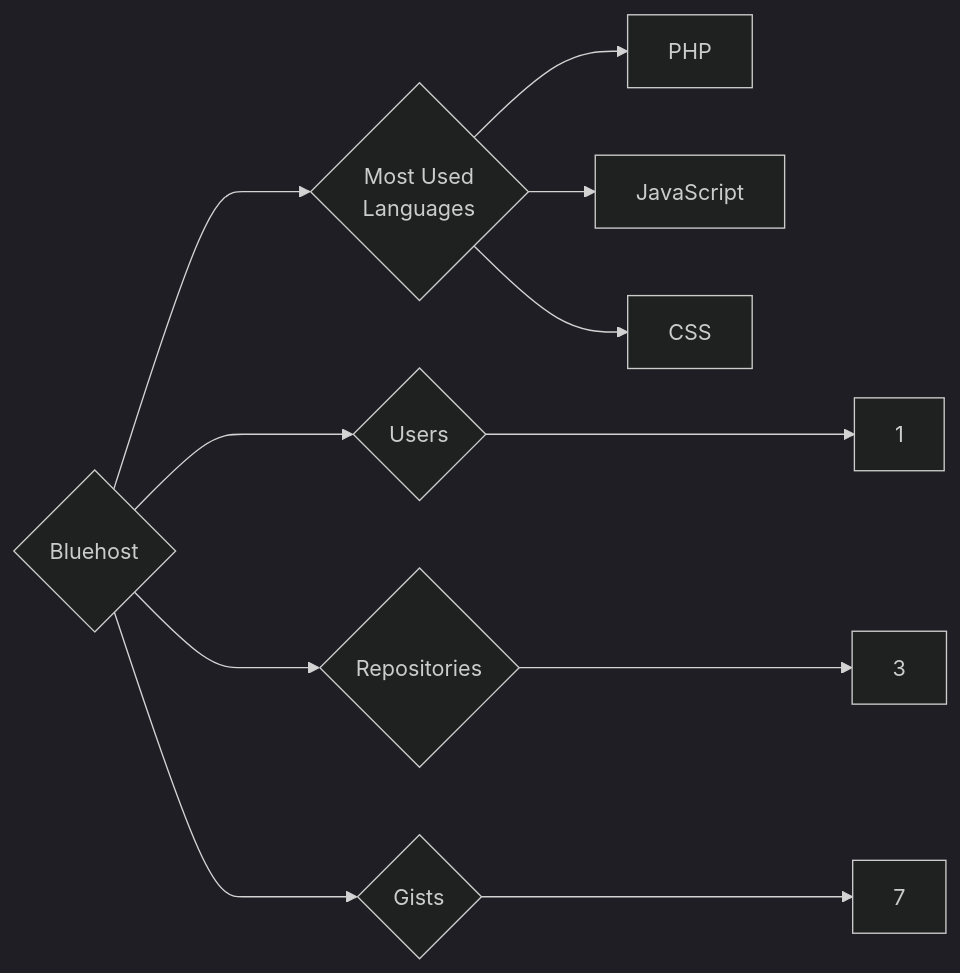
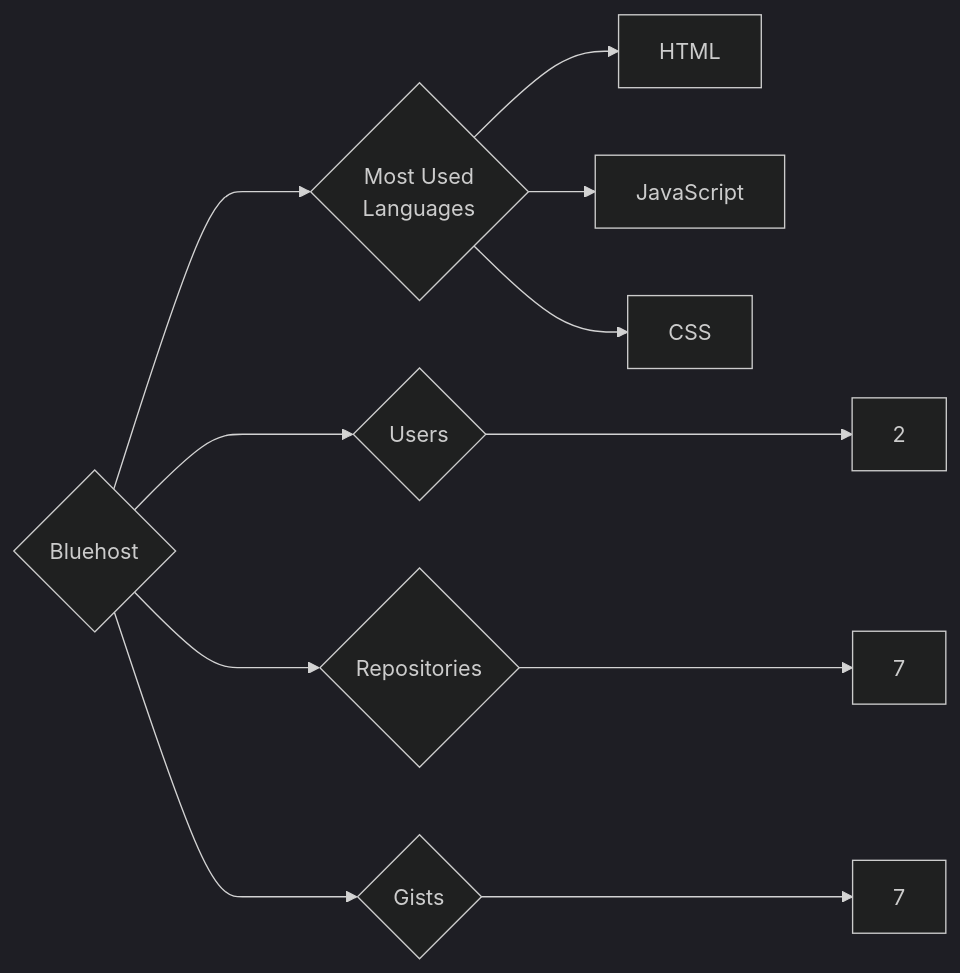
The diagram in targets/Bluehost/README.md (trickest/insiders), drawn with Mermaid (dark theme) before and after one commit. The commit also changed 1007 other files, not shown here.

````diff
--- a/targets/Bluehost/README.md
+++ b/targets/Bluehost/README.md
@@ -3,11 +3,11 @@
 ```mermaid
 graph LR
 COMPANY_NAME{Bluehost}
-COMPANY_NAME ---> U{Users} ---> UN[1]
-COMPANY_NAME ---> R{Repositories} ---> RN[3]
+COMPANY_NAME ---> U{Users} ---> UN[2]
+COMPANY_NAME ---> R{Repositories} ---> RN[7]
 COMPANY_NAME ---> G{Gists} ---> GN[7]
 COMPANY_NAME ---> ML{Most Used<br>Languages}
-ML --> PHP[PHP]
+ML --> HTML[HTML]
 ML --> JavaScript[JavaScript]
 ML --> CSS[CSS]
 ```
````
